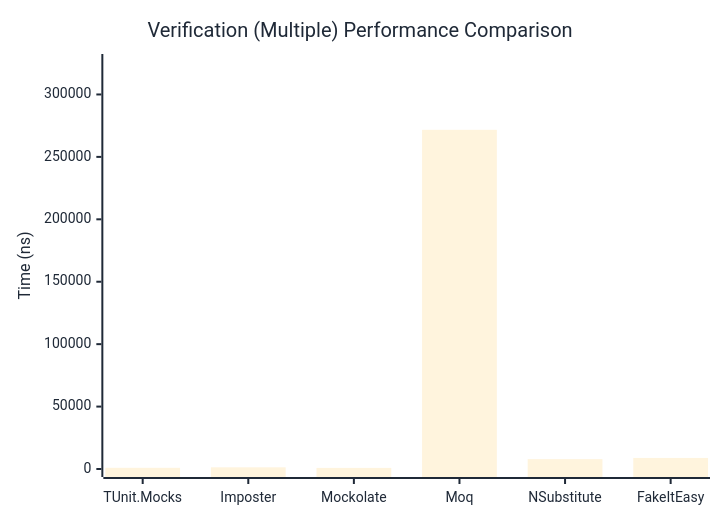
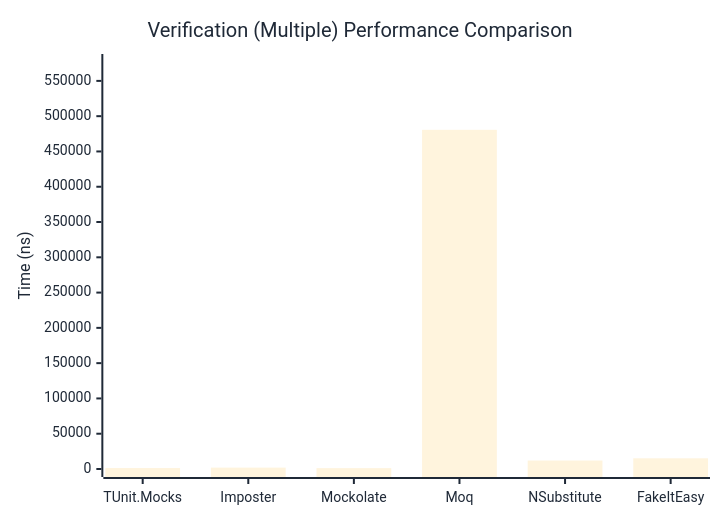
Before and after one commit to thomhurst/TUnit: the third of 3 diagrams in docs/docs/benchmarks/mocks/Verification.md, drawn with Mermaid. The commit also changed other lines of this file and 14 other files, not shown here.

````diff
--- a/docs/docs/benchmarks/mocks/Verification.md
+++ b/docs/docs/benchmarks/mocks/Verification.md
@@ -112,27 +112,27 @@
 ```mermaid
 %%{init: {
   'theme':'base',
   'themeVariables': {
     'primaryColor': '#2563eb',
     'primaryTextColor': '#1f2937',
     'primaryBorderColor': '#1e40af',
     'lineColor': '#6b7280',
     'secondaryColor': '#7c3aed',
     'tertiaryColor': '#dc2626',
     'background': '#ffffff',
     'pie1': '#2563eb',
     'pie2': '#7c3aed',
     'pie3': '#dc2626',
     'pie4': '#f59e0b',
     'pie5': '#10b981',
     'pie6': '#06b6d4',
     'pie7': '#ec4899',
     'pie8': '#6366f1'
   }
 }}%%
 xychart-beta
   title "Verification (Multiple) Performance Comparison"
   x-axis ["TUnit.Mocks", "Imposter", "Mockolate", "Moq", "NSubstitute", "FakeItEasy"]
-  y-axis "Time (ns)" 0 --> 326003
-  bar [955.82, 1334.92, 886.1, 271668.78, 7913.22, 8872.98]
+  y-axis "Time (ns)" 0 --> 576770
+  bar [1340.29, 1966.11, 1223.26, 480641.6, 11987.72, 15169.08]
 ```
````
